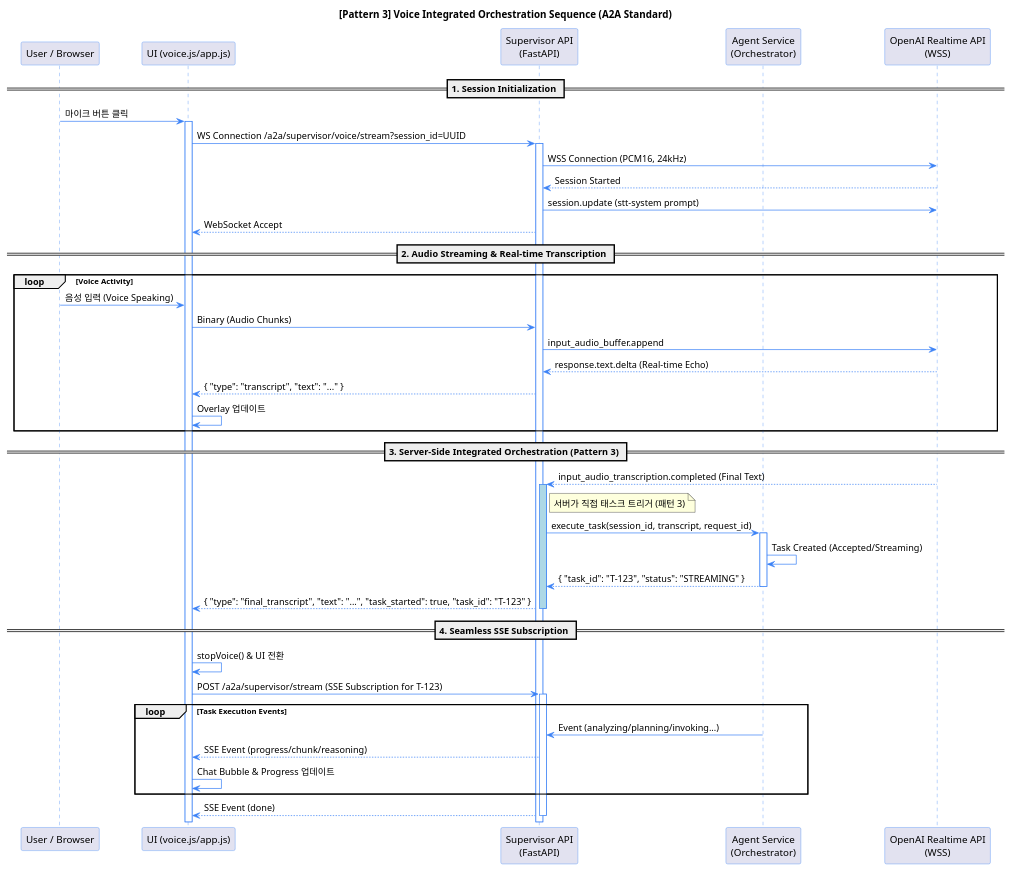
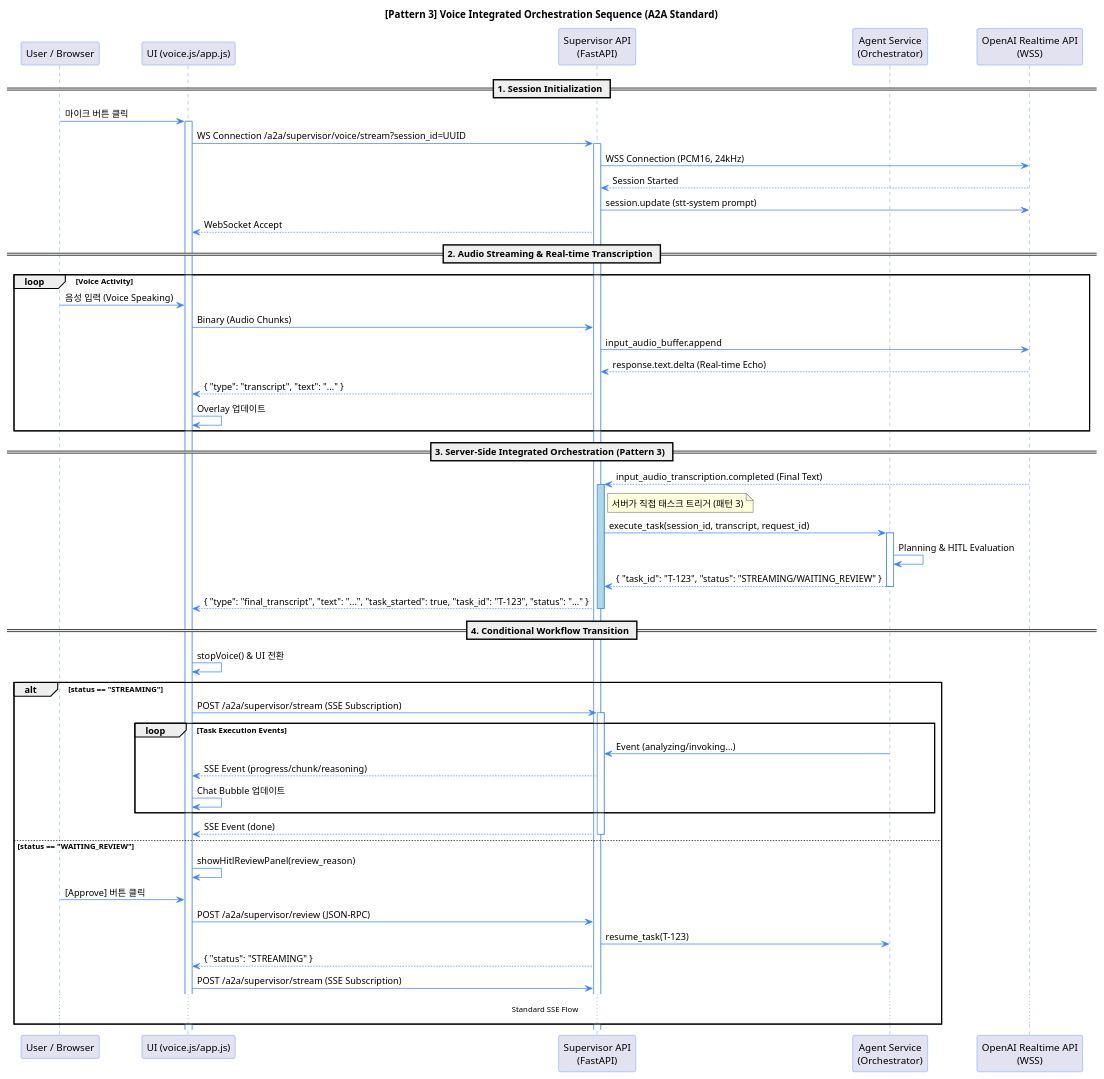
Before and after one commit to kim57uak/smart-supervisor-sub-agent: the diagram in a2a-host_agent-architecture/33-voice-integrated-orchestration-sequence.puml, drawn with PlantUML. The commit also changed 4 other files, not shown here.

```diff
--- a/a2a-host_agent-architecture/33-voice-integrated-orchestration-sequence.puml
+++ b/a2a-host_agent-architecture/33-voice-integrated-orchestration-sequence.puml
@@ -1,71 +1,80 @@
 @startuml
 title [Pattern 3] Voice Integrated Orchestration Sequence (A2A Standard)
 
 skinparam sequence {
     ArrowColor #3B82F6
     LifeLineBorderColor #3B82F6
     ParticipantBorderColor #3B82F6
     BackgroundColor #F8FAFC
 }
 
 participant "User / Browser" as User
 participant "UI (voice.js/app.js)" as UI
 participant "Supervisor API\n(FastAPI)" as API
 participant "Agent Service\n(Orchestrator)" as Agent
 participant "OpenAI Realtime API\n(WSS)" as OpenAI
 
 == 1. Session Initialization ==
 
 User -> UI : 마이크 버튼 클릭
 activate UI
 UI -> API : WS Connection /a2a/supervisor/voice/stream?session_id=UUID
 activate API
 
 API -> OpenAI : WSS Connection (PCM16, 24kHz)
 OpenAI --> API : Session Started
 API -> OpenAI : session.update (stt-system prompt)
 API --> UI : WebSocket Accept
 
 == 2. Audio Streaming & Real-time Transcription ==
 
 loop Voice Activity
     User -> UI : 음성 입력 (Voice Speaking)
     UI -> API : Binary (Audio Chunks)
     API -> OpenAI : input_audio_buffer.append
     
     OpenAI --> API : response.text.delta (Real-time Echo)
     API --> UI : { "type": "transcript", "text": "..." }
     UI -> UI : Overlay 업데이트
 end
 
 == 3. Server-Side Integrated Orchestration (Pattern 3) ==
 
 OpenAI --> API : input_audio_transcription.completed (Final Text)
 activate API #LightBlue
 
 note right of API: 서버가 직접 태스크 트리거 (패턴 3)
 API -> Agent : execute_task(session_id, transcript, request_id)
 activate Agent
-Agent -> Agent : Task Created (Accepted/Streaming)
-Agent --> API : { "task_id": "T-123", "status": "STREAMING" }
+Agent -> Agent : Planning & HITL Evaluation
+Agent --> API : { "task_id": "T-123", "status": "STREAMING/WAITING_REVIEW" }
 deactivate Agent
 
-API --> UI : { "type": "final_transcript", "text": "...", "task_started": true, "task_id": "T-123" }
+API --> UI : { "type": "final_transcript", "text": "...", "task_started": true, "task_id": "T-123", "status": "..." }
 deactivate API
 
-== 4. Seamless SSE Subscription ==
+== 4. Conditional Workflow Transition ==
 
 UI -> UI : stopVoice() & UI 전환
-UI -> API : POST /a2a/supervisor/stream (SSE Subscription for T-123)
-activate API
 
-loop Task Execution Events
-    Agent -> API : Event (analyzing/planning/invoking...)
-    API --> UI : SSE Event (progress/chunk/reasoning)
-    UI -> UI : Chat Bubble & Progress 업데이트
+alt status == "STREAMING"
+    UI -> API : POST /a2a/supervisor/stream (SSE Subscription)
+    activate API
+    loop Task Execution Events
+        Agent -> API : Event (analyzing/invoking...)
+        API --> UI : SSE Event (progress/chunk/reasoning)
+        UI -> UI : Chat Bubble 업데이트
+    end
+    API --> UI : SSE Event (done)
+    deactivate API
+else status == "WAITING_REVIEW"
+    UI -> UI : showHitlReviewPanel(review_reason)
+    User -> UI : [Approve] 버튼 클릭
+    UI -> API : POST /a2a/supervisor/review (JSON-RPC)
+    API -> Agent : resume_task(T-123)
+    API --> UI : { "status": "STREAMING" }
+    UI -> API : POST /a2a/supervisor/stream (SSE Subscription)
+    ... Standard SSE Flow ...
 end
 
-API --> UI : SSE Event (done)
-deactivate API
-
 @enduml
```
